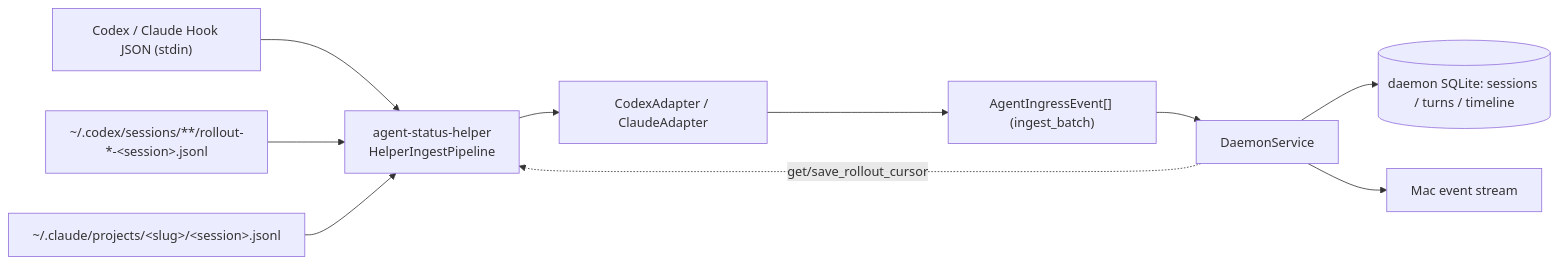
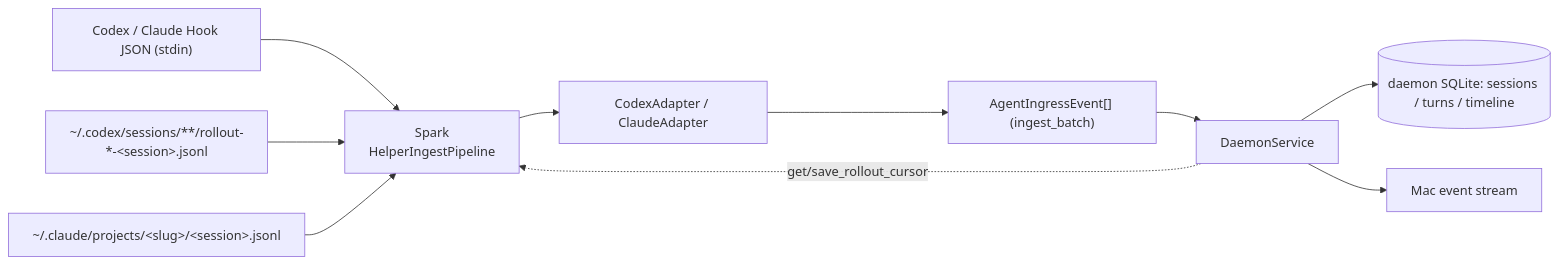
Before and after one commit to AFutureD/Lumi: the diagram in docs/design/agent-hook.md, drawn with Mermaid. The commit also changed other lines of this file and 25 other files, not shown here.

First line of the commit message:
Sweep the remaining AgentStatus wording out of docs, READMEs, design archive and editor config

````diff
--- a/docs/design/agent-hook.md
+++ b/docs/design/agent-hook.md
@@ -15,12 +15,12 @@
 ```mermaid
 flowchart LR
-    HookJSON["Codex / Claude Hook JSON (stdin)"] --> Helper["agent-status-helper\nHelperIngestPipeline"]
+    HookJSON["Codex / Claude Hook JSON (stdin)"] --> Helper["Spark\nHelperIngestPipeline"]
     Rollout["~/.codex/sessions/**/rollout-*-&lt;session&gt;.jsonl"] --> Helper
     Transcript["~/.claude/projects/&lt;slug&gt;/&lt;session&gt;.jsonl"] --> Helper
     Helper --> Adapter["CodexAdapter / ClaudeAdapter"]
     Adapter --> Event["AgentIngressEvent[] (ingest_batch)"]
     Event --> Daemon["DaemonService"]
     Daemon --> SQLite[("daemon SQLite: sessions / turns / timeline")]
     Daemon --> Stream["Mac event stream"]
     Daemon -. get/save_rollout_cursor .-> Helper
 ```
````
